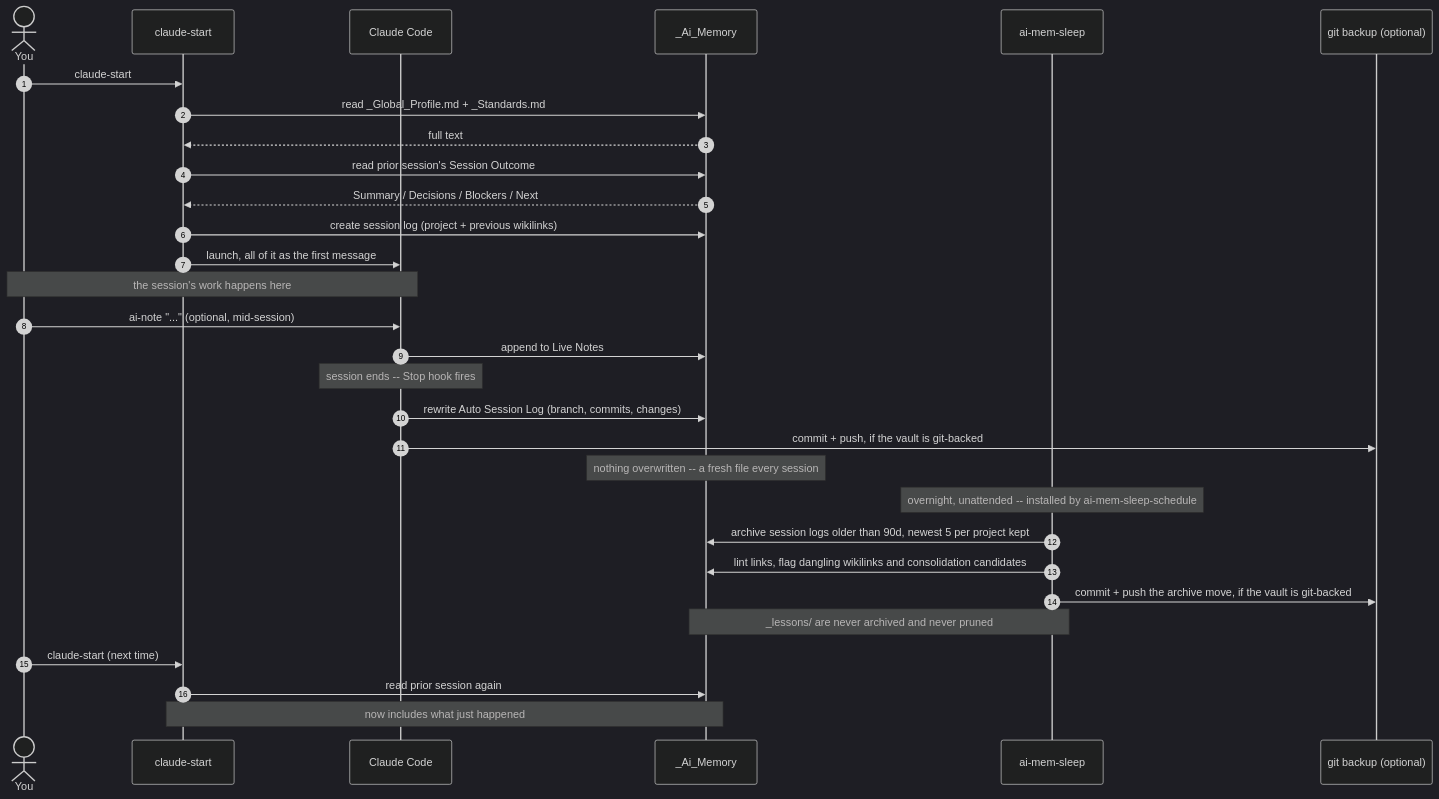
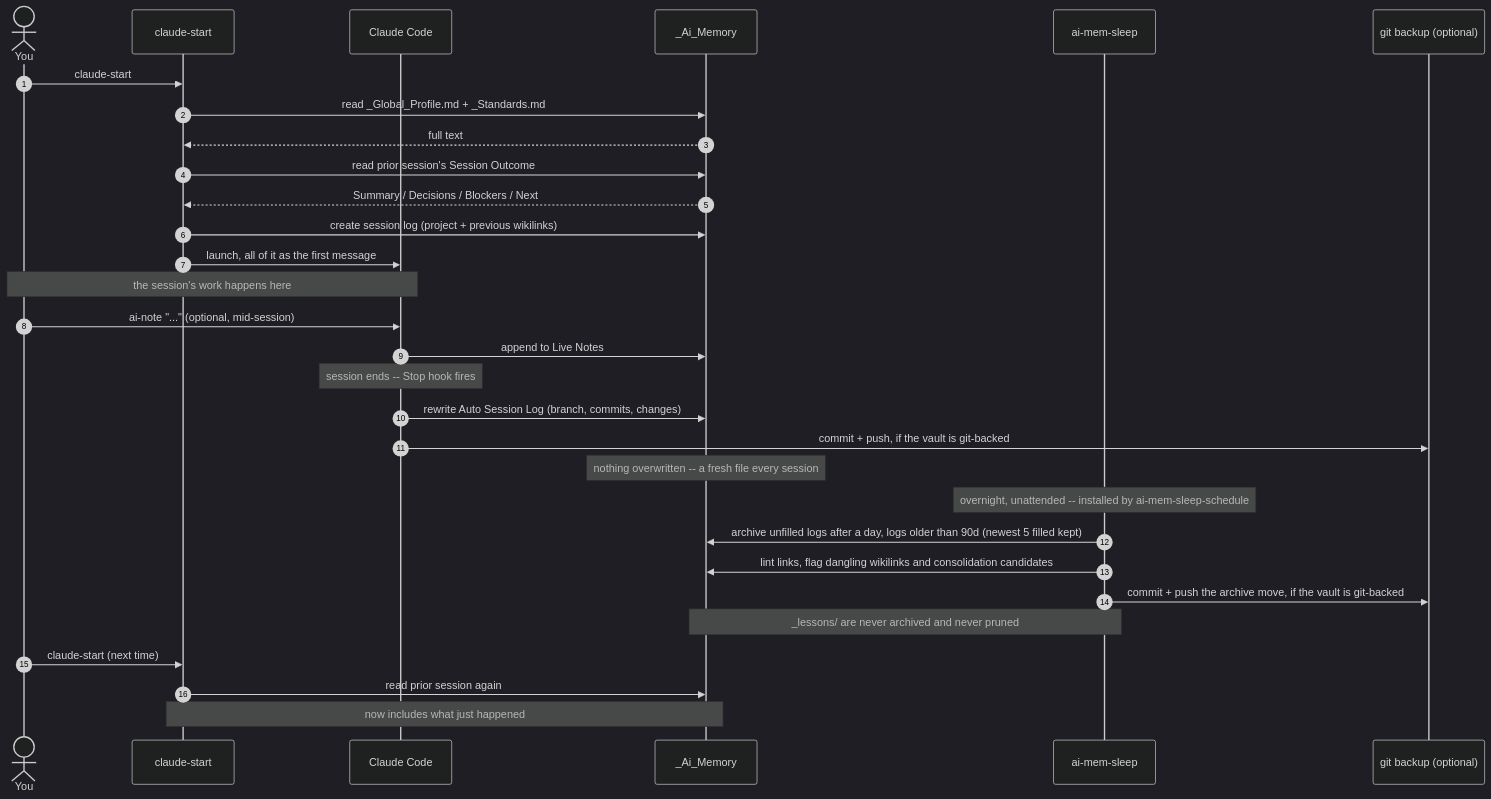
The first of 2 diagrams in README.md (rambaarde/create-ai-memory), drawn with Mermaid (dark theme) before and after one commit. The commit also changed other lines of this file and 2 other files, not shown here.

First line of the commit message:
fix(sleep): archive unfilled session logs and resolve archived links

````diff
--- a/README.md
+++ b/README.md
@@ -72,33 +72,33 @@
 ```mermaid
 sequenceDiagram
     autonumber
     actor You
     participant Shell as claude-start
     participant Agent as Claude Code
     participant Vault as _Ai_Memory
     participant Sleep as ai-mem-sleep
     participant Backup as git backup (optional)
 
     You->>Shell: claude-start
     Shell->>Vault: read _Global_Profile.md + _Standards.md
     Vault-->>Shell: full text
     Shell->>Vault: read prior session's Session Outcome
     Vault-->>Shell: Summary / Decisions / Blockers / Next
     Shell->>Vault: create session log (project + previous wikilinks)
     Shell->>Agent: launch, all of it as the first message
     Note over You,Agent: the session's work happens here
     You->>Agent: ai-note "..." (optional, mid-session)
     Agent->>Vault: append to Live Notes
     Note over Agent: session ends -- Stop hook fires
     Agent->>Vault: rewrite Auto Session Log (branch, commits, changes)
     Agent->>Backup: commit + push, if the vault is git-backed
     Note over Vault: nothing overwritten -- a fresh file every session
     Note over Sleep: overnight, unattended -- installed by ai-mem-sleep-schedule
-    Sleep->>Vault: archive session logs older than 90d, newest 5 per project kept
+    Sleep->>Vault: archive unfilled logs after a day, logs older than 90d (newest 5 filled kept)
     Sleep->>Vault: lint links, flag dangling wikilinks and consolidation candidates
     Sleep->>Backup: commit + push the archive move, if the vault is git-backed
     Note over Vault,Sleep: _lessons/ are never archived and never pruned
     You->>Shell: claude-start (next time)
     Shell->>Vault: read prior session again
     Note over Shell,Vault: now includes what just happened
 ```
````
